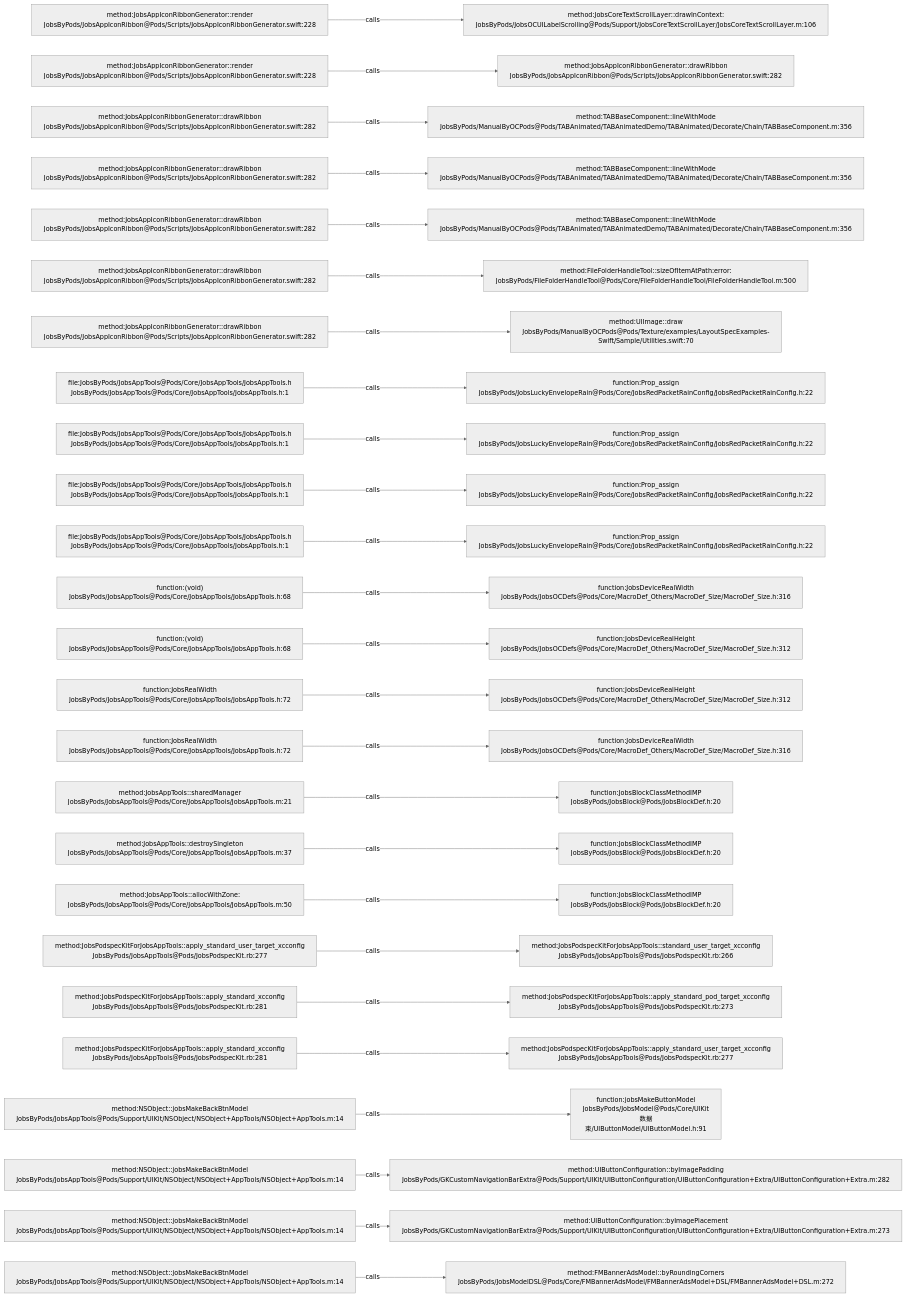
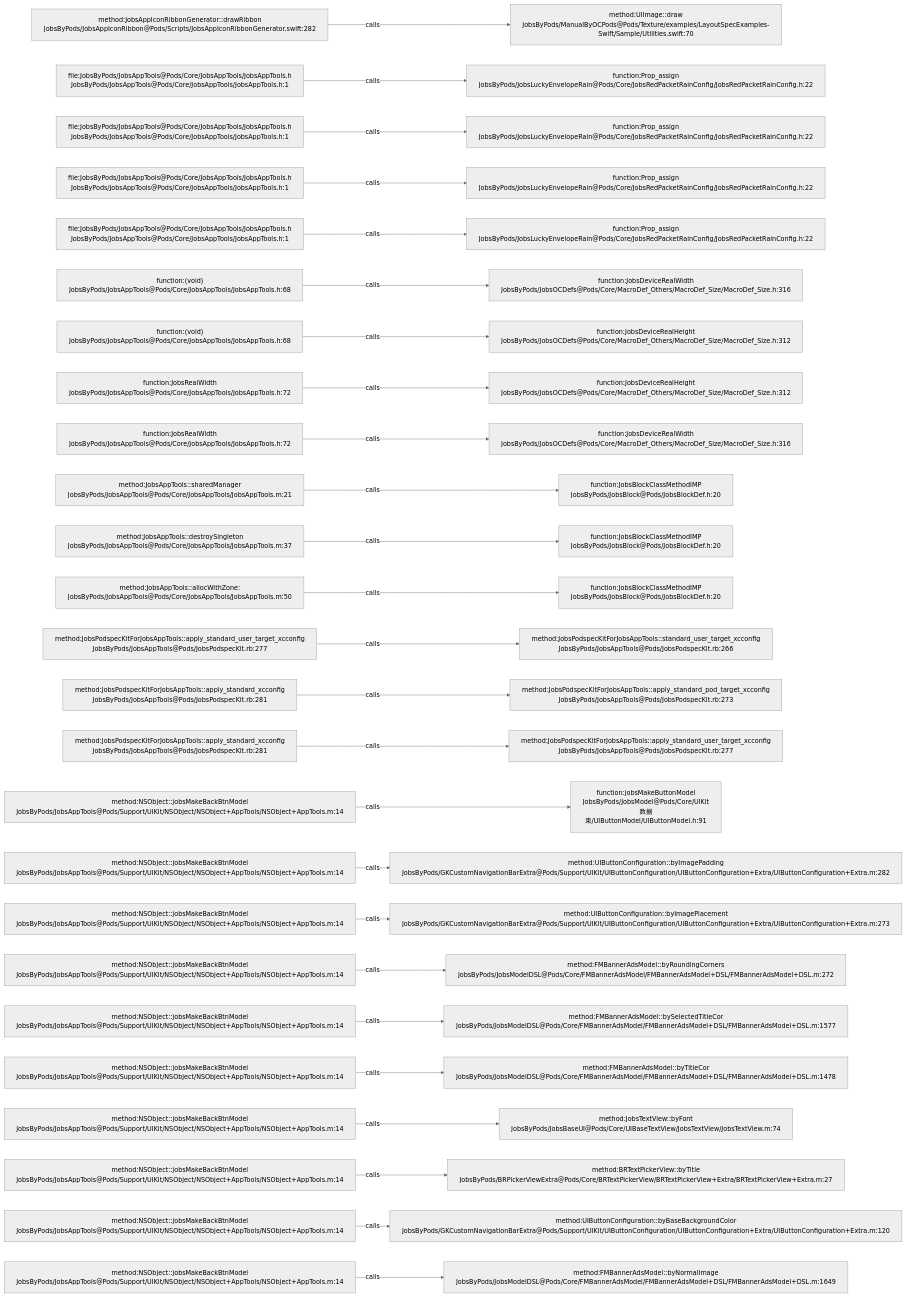
The diagram in .codegraph/codegraph.md/graphs/calls-195.md (JobsKits/JobsOCBaseConfigDemo), drawn with Mermaid (neutral theme) before and after one commit. The commit also changed 116 other files, not shown here.

````diff
--- a/.codegraph/codegraph.md/graphs/calls-195.md
+++ b/.codegraph/codegraph.md/graphs/calls-195.md
@@ -13,78 +13,78 @@
 ```mermaid
 flowchart LR
-  S1["method:JobsAppIconRibbonGenerator::render<br/>JobsByPods/JobsAppIconRibbon@Pods/Scripts/JobsAppIconRibbonGenerator.swift:228"]
-  T1["method:JobsCoreTextScrollLayer::drawInContext:<br/>JobsByPods/JobsOCUILabelScrolling@Pods/Support/JobsCoreTextScrollLayer/JobsCoreTextScrollLayer.m:106"]
+  S1["method:JobsAppIconRibbonGenerator::drawRibbon<br/>JobsByPods/JobsAppIconRibbon@Pods/Scripts/JobsAppIconRibbonGenerator.swift:282"]
+  T1["method:UIImage::draw<br/>JobsByPods/ManualByOCPods@Pods/Texture/examples/LayoutSpecExamples-Swift/Sample/Utilities.swift:70"]
   S1 -->|calls| T1
-  S2["method:JobsAppIconRibbonGenerator::render<br/>JobsByPods/JobsAppIconRibbon@Pods/Scripts/JobsAppIconRibbonGenerator.swift:228"]
-  T2["method:JobsAppIconRibbonGenerator::drawRibbon<br/>JobsByPods/JobsAppIconRibbon@Pods/Scripts/JobsAppIconRibbonGenerator.swift:282"]
+  S2["file:JobsByPods/JobsAppTools@Pods/Core/JobsAppTools/JobsAppTools.h<br/>JobsByPods/JobsAppTools@Pods/Core/JobsAppTools/JobsAppTools.h:1"]
+  T2["function:Prop_assign<br/>JobsByPods/JobsLuckyEnvelopeRain@Pods/Core/JobsRedPacketRainConfig/JobsRedPacketRainConfig.h:22"]
   S2 -->|calls| T2
-  S3["method:JobsAppIconRibbonGenerator::drawRibbon<br/>JobsByPods/JobsAppIconRibbon@Pods/Scripts/JobsAppIconRibbonGenerator.swift:282"]
-  T3["method:TABBaseComponent::lineWithMode<br/>JobsByPods/ManualByOCPods@Pods/TABAnimated/TABAnimatedDemo/TABAnimated/Decorate/Chain/TABBaseComponent.m:356"]
+  S3["file:JobsByPods/JobsAppTools@Pods/Core/JobsAppTools/JobsAppTools.h<br/>JobsByPods/JobsAppTools@Pods/Core/JobsAppTools/JobsAppTools.h:1"]
+  T3["function:Prop_assign<br/>JobsByPods/JobsLuckyEnvelopeRain@Pods/Core/JobsRedPacketRainConfig/JobsRedPacketRainConfig.h:22"]
   S3 -->|calls| T3
-  S4["method:JobsAppIconRibbonGenerator::drawRibbon<br/>JobsByPods/JobsAppIconRibbon@Pods/Scripts/JobsAppIconRibbonGenerator.swift:282"]
-  T4["method:TABBaseComponent::lineWithMode<br/>JobsByPods/ManualByOCPods@Pods/TABAnimated/TABAnimatedDemo/TABAnimated/Decorate/Chain/TABBaseComponent.m:356"]
+  S4["file:JobsByPods/JobsAppTools@Pods/Core/JobsAppTools/JobsAppTools.h<br/>JobsByPods/JobsAppTools@Pods/Core/JobsAppTools/JobsAppTools.h:1"]
+  T4["function:Prop_assign<br/>JobsByPods/JobsLuckyEnvelopeRain@Pods/Core/JobsRedPacketRainConfig/JobsRedPacketRainConfig.h:22"]
   S4 -->|calls| T4
-  S5["method:JobsAppIconRibbonGenerator::drawRibbon<br/>JobsByPods/JobsAppIconRibbon@Pods/Scripts/JobsAppIconRibbonGenerator.swift:282"]
-  T5["method:TABBaseComponent::lineWithMode<br/>JobsByPods/ManualByOCPods@Pods/TABAnimated/TABAnimatedDemo/TABAnimated/Decorate/Chain/TABBaseComponent.m:356"]
+  S5["file:JobsByPods/JobsAppTools@Pods/Core/JobsAppTools/JobsAppTools.h<br/>JobsByPods/JobsAppTools@Pods/Core/JobsAppTools/JobsAppTools.h:1"]
+  T5["function:Prop_assign<br/>JobsByPods/JobsLuckyEnvelopeRain@Pods/Core/JobsRedPacketRainConfig/JobsRedPacketRainConfig.h:22"]
   S5 -->|calls| T5
-  S6["method:JobsAppIconRibbonGenerator::drawRibbon<br/>JobsByPods/JobsAppIconRibbon@Pods/Scripts/JobsAppIconRibbonGenerator.swift:282"]
-  T6["method:FileFolderHandleTool::sizeOfItemAtPath:error:<br/>JobsByPods/FileFolderHandleTool@Pods/Core/FileFolderHandleTool/FileFolderHandleTool.m:500"]
+  S6["function:(void)<br/>JobsByPods/JobsAppTools@Pods/Core/JobsAppTools/JobsAppTools.h:68"]
+  T6["function:JobsDeviceRealWidth<br/>JobsByPods/JobsOCDefs@Pods/Core/MacroDef_Others/MacroDef_Size/MacroDef_Size.h:316"]
   S6 -->|calls| T6
-  S7["method:JobsAppIconRibbonGenerator::drawRibbon<br/>JobsByPods/JobsAppIconRibbon@Pods/Scripts/JobsAppIconRibbonGenerator.swift:282"]
-  T7["method:UIImage::draw<br/>JobsByPods/ManualByOCPods@Pods/Texture/examples/LayoutSpecExamples-Swift/Sample/Utilities.swift:70"]
+  S7["function:(void)<br/>JobsByPods/JobsAppTools@Pods/Core/JobsAppTools/JobsAppTools.h:68"]
+  T7["function:JobsDeviceRealHeight<br/>JobsByPods/JobsOCDefs@Pods/Core/MacroDef_Others/MacroDef_Size/MacroDef_Size.h:312"]
   S7 -->|calls| T7
-  S8["file:JobsByPods/JobsAppTools@Pods/Core/JobsAppTools/JobsAppTools.h<br/>JobsByPods/JobsAppTools@Pods/Core/JobsAppTools/JobsAppTools.h:1"]
-  T8["function:Prop_assign<br/>JobsByPods/JobsLuckyEnvelopeRain@Pods/Core/JobsRedPacketRainConfig/JobsRedPacketRainConfig.h:22"]
+  S8["function:JobsRealWidth<br/>JobsByPods/JobsAppTools@Pods/Core/JobsAppTools/JobsAppTools.h:72"]
+  T8["function:JobsDeviceRealHeight<br/>JobsByPods/JobsOCDefs@Pods/Core/MacroDef_Others/MacroDef_Size/MacroDef_Size.h:312"]
   S8 -->|calls| T8
-  S9["file:JobsByPods/JobsAppTools@Pods/Core/JobsAppTools/JobsAppTools.h<br/>JobsByPods/JobsAppTools@Pods/Core/JobsAppTools/JobsAppTools.h:1"]
-  T9["function:Prop_assign<br/>JobsByPods/JobsLuckyEnvelopeRain@Pods/Core/JobsRedPacketRainConfig/JobsRedPacketRainConfig.h:22"]
+  S9["function:JobsRealWidth<br/>JobsByPods/JobsAppTools@Pods/Core/JobsAppTools/JobsAppTools.h:72"]
+  T9["function:JobsDeviceRealWidth<br/>JobsByPods/JobsOCDefs@Pods/Core/MacroDef_Others/MacroDef_Size/MacroDef_Size.h:316"]
   S9 -->|calls| T9
-  S10["file:JobsByPods/JobsAppTools@Pods/Core/JobsAppTools/JobsAppTools.h<br/>JobsByPods/JobsAppTools@Pods/Core/JobsAppTools/JobsAppTools.h:1"]
-  T10["function:Prop_assign<br/>JobsByPods/JobsLuckyEnvelopeRain@Pods/Core/JobsRedPacketRainConfig/JobsRedPacketRainConfig.h:22"]
+  S10["method:JobsAppTools::sharedManager<br/>JobsByPods/JobsAppTools@Pods/Core/JobsAppTools/JobsAppTools.m:21"]
+  T10["function:JobsBlockClassMethodIMP<br/>JobsByPods/JobsBlock@Pods/JobsBlockDef.h:20"]
   S10 -->|calls| T10
-  S11["file:JobsByPods/JobsAppTools@Pods/Core/JobsAppTools/JobsAppTools.h<br/>JobsByPods/JobsAppTools@Pods/Core/JobsAppTools/JobsAppTools.h:1"]
-  T11["function:Prop_assign<br/>JobsByPods/JobsLuckyEnvelopeRain@Pods/Core/JobsRedPacketRainConfig/JobsRedPacketRainConfig.h:22"]
+  S11["method:JobsAppTools::destroySingleton<br/>JobsByPods/JobsAppTools@Pods/Core/JobsAppTools/JobsAppTools.m:37"]
+  T11["function:JobsBlockClassMethodIMP<br/>JobsByPods/JobsBlock@Pods/JobsBlockDef.h:20"]
   S11 -->|calls| T11
-  S12["function:(void)<br/>JobsByPods/JobsAppTools@Pods/Core/JobsAppTools/JobsAppTools.h:68"]
-  T12["function:JobsDeviceRealWidth<br/>JobsByPods/JobsOCDefs@Pods/Core/MacroDef_Others/MacroDef_Size/MacroDef_Size.h:316"]
+  S12["method:JobsAppTools::allocWithZone:<br/>JobsByPods/JobsAppTools@Pods/Core/JobsAppTools/JobsAppTools.m:50"]
+  T12["function:JobsBlockClassMethodIMP<br/>JobsByPods/JobsBlock@Pods/JobsBlockDef.h:20"]
   S12 -->|calls| T12
-  S13["function:(void)<br/>JobsByPods/JobsAppTools@Pods/Core/JobsAppTools/JobsAppTools.h:68"]
-  T13["function:JobsDeviceRealHeight<br/>JobsByPods/JobsOCDefs@Pods/Core/MacroDef_Others/MacroDef_Size/MacroDef_Size.h:312"]
+  S13["method:JobsPodspecKitForJobsAppTools::apply_standard_user_target_xcconfig<br/>JobsByPods/JobsAppTools@Pods/JobsPodspecKit.rb:277"]
+  T13["method:JobsPodspecKitForJobsAppTools::standard_user_target_xcconfig<br/>JobsByPods/JobsAppTools@Pods/JobsPodspecKit.rb:266"]
   S13 -->|calls| T13
-  S14["function:JobsRealWidth<br/>JobsByPods/JobsAppTools@Pods/Core/JobsAppTools/JobsAppTools.h:72"]
-  T14["function:JobsDeviceRealHeight<br/>JobsByPods/JobsOCDefs@Pods/Core/MacroDef_Others/MacroDef_Size/MacroDef_Size.h:312"]
+  S14["method:JobsPodspecKitForJobsAppTools::apply_standard_xcconfig<br/>JobsByPods/JobsAppTools@Pods/JobsPodspecKit.rb:281"]
+  T14["method:JobsPodspecKitForJobsAppTools::apply_standard_pod_target_xcconfig<br/>JobsByPods/JobsAppTools@Pods/JobsPodspecKit.rb:273"]
   S14 -->|calls| T14
-  S15["function:JobsRealWidth<br/>JobsByPods/JobsAppTools@Pods/Core/JobsAppTools/JobsAppTools.h:72"]
-  T15["function:JobsDeviceRealWidth<br/>JobsByPods/JobsOCDefs@Pods/Core/MacroDef_Others/MacroDef_Size/MacroDef_Size.h:316"]
+  S15["method:JobsPodspecKitForJobsAppTools::apply_standard_xcconfig<br/>JobsByPods/JobsAppTools@Pods/JobsPodspecKit.rb:281"]
+  T15["method:JobsPodspecKitForJobsAppTools::apply_standard_user_target_xcconfig<br/>JobsByPods/JobsAppTools@Pods/JobsPodspecKit.rb:277"]
   S15 -->|calls| T15
-  S16["method:JobsAppTools::sharedManager<br/>JobsByPods/JobsAppTools@Pods/Core/JobsAppTools/JobsAppTools.m:21"]
-  T16["function:JobsBlockClassMethodIMP<br/>JobsByPods/JobsBlock@Pods/JobsBlockDef.h:20"]
+  S16["method:NSObject::jobsMakeBackBtnModel<br/>JobsByPods/JobsAppTools@Pods/Support/UIKit/NSObject/NSObject+AppTools/NSObject+AppTools.m:14"]
+  T16["function:jobsMakeButtonModel<br/>JobsByPods/JobsModel@Pods/Core/UIKit数据束/UIButtonModel/UIButtonModel.h:91"]
   S16 -->|calls| T16
-  S17["method:JobsAppTools::destroySingleton<br/>JobsByPods/JobsAppTools@Pods/Core/JobsAppTools/JobsAppTools.m:37"]
-  T17["function:JobsBlockClassMethodIMP<br/>JobsByPods/JobsBlock@Pods/JobsBlockDef.h:20"]
+  S17["method:NSObject::jobsMakeBackBtnModel<br/>JobsByPods/JobsAppTools@Pods/Support/UIKit/NSObject/NSObject+AppTools/NSObject+AppTools.m:14"]
+  T17["method:UIButtonConfiguration::byImagePadding<br/>JobsByPods/GKCustomNavigationBarExtra@Pods/Support/UIKit/UIButtonConfiguration/UIButtonConfiguration+Extra/UIButtonConfiguration+Extra.m:282"]
   S17 -->|calls| T17
-  S18["method:JobsAppTools::allocWithZone:<br/>JobsByPods/JobsAppTools@Pods/Core/JobsAppTools/JobsAppTools.m:50"]
-  T18["function:JobsBlockClassMethodIMP<br/>JobsByPods/JobsBlock@Pods/JobsBlockDef.h:20"]
+  S18["method:NSObject::jobsMakeBackBtnModel<br/>JobsByPods/JobsAppTools@Pods/Support/UIKit/NSObject/NSObject+AppTools/NSObject+AppTools.m:14"]
+  T18["method:UIButtonConfiguration::byImagePlacement<br/>JobsByPods/GKCustomNavigationBarExtra@Pods/Support/UIKit/UIButtonConfiguration/UIButtonConfiguration+Extra/UIButtonConfiguration+Extra.m:273"]
   S18 -->|calls| T18
-  S19["method:JobsPodspecKitForJobsAppTools::apply_standard_user_target_xcconfig<br/>JobsByPods/JobsAppTools@Pods/JobsPodspecKit.rb:277"]
-  T19["method:JobsPodspecKitForJobsAppTools::standard_user_target_xcconfig<br/>JobsByPods/JobsAppTools@Pods/JobsPodspecKit.rb:266"]
+  S19["method:NSObject::jobsMakeBackBtnModel<br/>JobsByPods/JobsAppTools@Pods/Support/UIKit/NSObject/NSObject+AppTools/NSObject+AppTools.m:14"]
+  T19["method:FMBannerAdsModel::byRoundingCorners<br/>JobsByPods/JobsModelDSL@Pods/Core/FMBannerAdsModel/FMBannerAdsModel+DSL/FMBannerAdsModel+DSL.m:272"]
   S19 -->|calls| T19
-  S20["method:JobsPodspecKitForJobsAppTools::apply_standard_xcconfig<br/>JobsByPods/JobsAppTools@Pods/JobsPodspecKit.rb:281"]
-  T20["method:JobsPodspecKitForJobsAppTools::apply_standard_pod_target_xcconfig<br/>JobsByPods/JobsAppTools@Pods/JobsPodspecKit.rb:273"]
+  S20["method:NSObject::jobsMakeBackBtnModel<br/>JobsByPods/JobsAppTools@Pods/Support/UIKit/NSObject/NSObject+AppTools/NSObject+AppTools.m:14"]
+  T20["method:FMBannerAdsModel::bySelectedTitleCor<br/>JobsByPods/JobsModelDSL@Pods/Core/FMBannerAdsModel/FMBannerAdsModel+DSL/FMBannerAdsModel+DSL.m:1577"]
   S20 -->|calls| T20
-  S21["method:JobsPodspecKitForJobsAppTools::apply_standard_xcconfig<br/>JobsByPods/JobsAppTools@Pods/JobsPodspecKit.rb:281"]
-  T21["method:JobsPodspecKitForJobsAppTools::apply_standard_user_target_xcconfig<br/>JobsByPods/JobsAppTools@Pods/JobsPodspecKit.rb:277"]
+  S21["method:NSObject::jobsMakeBackBtnModel<br/>JobsByPods/JobsAppTools@Pods/Support/UIKit/NSObject/NSObject+AppTools/NSObject+AppTools.m:14"]
+  T21["method:FMBannerAdsModel::byTitleCor<br/>JobsByPods/JobsModelDSL@Pods/Core/FMBannerAdsModel/FMBannerAdsModel+DSL/FMBannerAdsModel+DSL.m:1478"]
   S21 -->|calls| T21
   S22["method:NSObject::jobsMakeBackBtnModel<br/>JobsByPods/JobsAppTools@Pods/Support/UIKit/NSObject/NSObject+AppTools/NSObject+AppTools.m:14"]
-  T22["function:jobsMakeButtonModel<br/>JobsByPods/JobsModel@Pods/Core/UIKit数据束/UIButtonModel/UIButtonModel.h:91"]
+  T22["method:JobsTextView::byFont<br/>JobsByPods/JobsBaseUI@Pods/Core/UIBaseTextView/JobsTextView/JobsTextView.m:74"]
   S22 -->|calls| T22
   S23["method:NSObject::jobsMakeBackBtnModel<br/>JobsByPods/JobsAppTools@Pods/Support/UIKit/NSObject/NSObject+AppTools/NSObject+AppTools.m:14"]
-  T23["method:UIButtonConfiguration::byImagePadding<br/>JobsByPods/GKCustomNavigationBarExtra@Pods/Support/UIKit/UIButtonConfiguration/UIButtonConfiguration+Extra/UIButtonConfiguration+Extra.m:282"]
+  T23["method:BRTextPickerView::byTitle<br/>JobsByPods/BRPickerViewExtra@Pods/Core/BRTextPickerView/BRTextPickerView+Extra/BRTextPickerView+Extra.m:27"]
   S23 -->|calls| T23
   S24["method:NSObject::jobsMakeBackBtnModel<br/>JobsByPods/JobsAppTools@Pods/Support/UIKit/NSObject/NSObject+AppTools/NSObject+AppTools.m:14"]
-  T24["method:UIButtonConfiguration::byImagePlacement<br/>JobsByPods/GKCustomNavigationBarExtra@Pods/Support/UIKit/UIButtonConfiguration/UIButtonConfiguration+Extra/UIButtonConfiguration+Extra.m:273"]
+  T24["method:UIButtonConfiguration::byBaseBackgroundColor<br/>JobsByPods/GKCustomNavigationBarExtra@Pods/Support/UIKit/UIButtonConfiguration/UIButtonConfiguration+Extra/UIButtonConfiguration+Extra.m:120"]
   S24 -->|calls| T24
   S25["method:NSObject::jobsMakeBackBtnModel<br/>JobsByPods/JobsAppTools@Pods/Support/UIKit/NSObject/NSObject+AppTools/NSObject+AppTools.m:14"]
-  T25["method:FMBannerAdsModel::byRoundingCorners<br/>JobsByPods/JobsModelDSL@Pods/Core/FMBannerAdsModel/FMBannerAdsModel+DSL/FMBannerAdsModel+DSL.m:272"]
+  T25["method:FMBannerAdsModel::byNormalImage<br/>JobsByPods/JobsModelDSL@Pods/Core/FMBannerAdsModel/FMBannerAdsModel+DSL/FMBannerAdsModel+DSL.m:1649"]
   S25 -->|calls| T25
 ```
````
